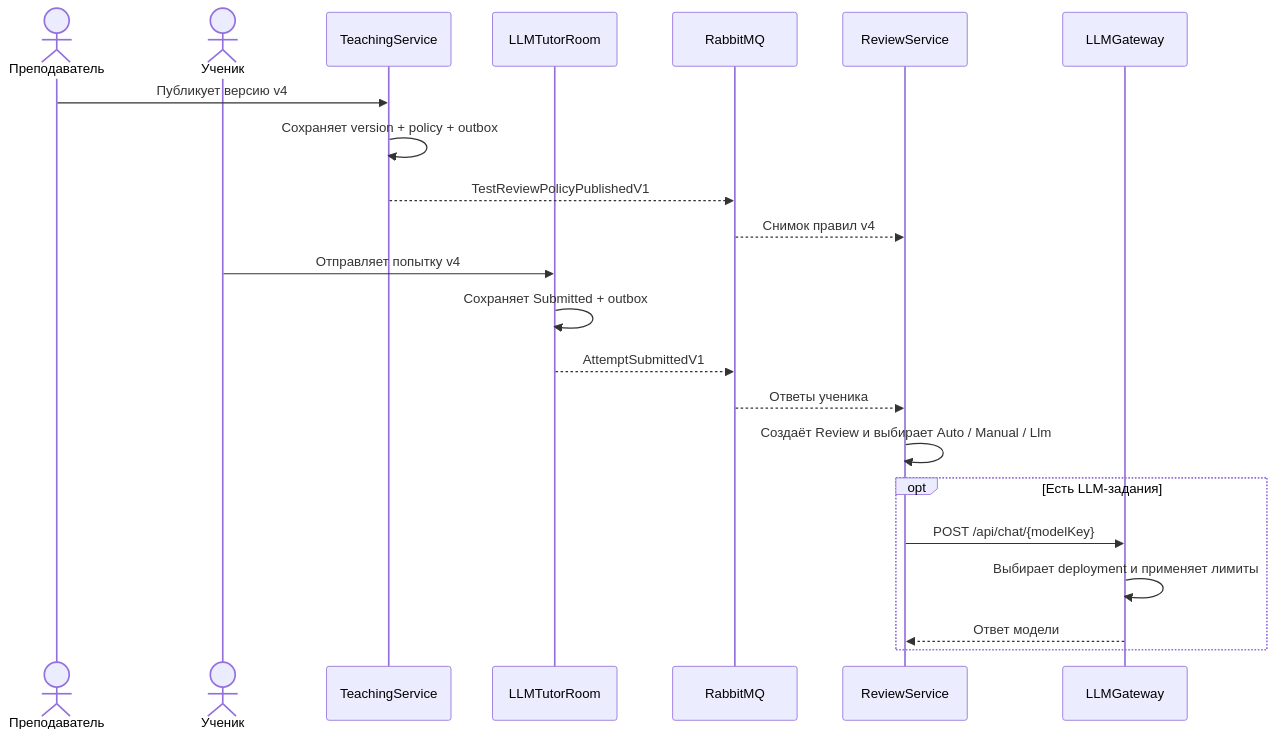
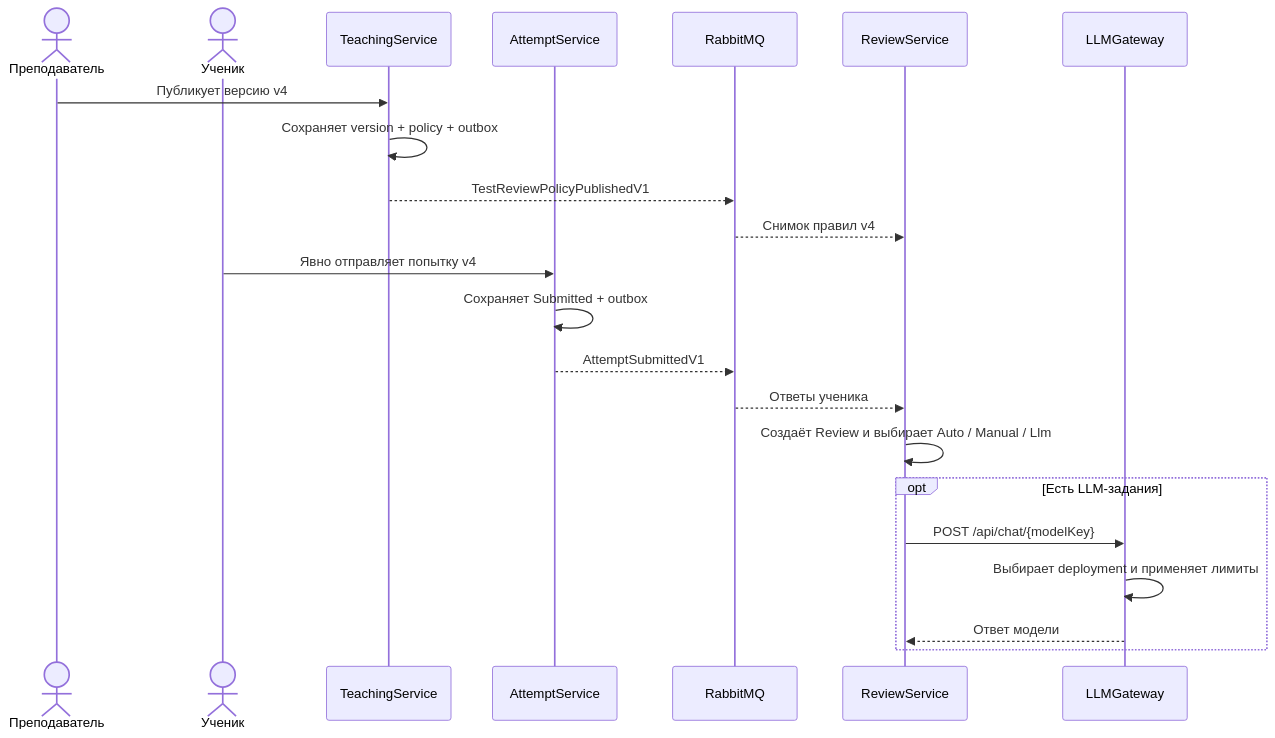
The second of 2 diagrams in docs/architecture.md (KomaMix/LLMTutorRoom), drawn with Mermaid before and after one commit. The commit also changed other lines of this file and 110 other files, not shown here.

Commit message:
feat(attempt): extract attempt lifecycle into standalone service

````diff
--- a/docs/architecture.md
+++ b/docs/architecture.md
@@ -67,26 +72,26 @@
 ```mermaid
 sequenceDiagram
     actor Teacher as Преподаватель
     actor Student as Ученик
     participant Teaching as TeachingService
-    participant Tutor as LLMTutorRoom
+    participant Attempt as AttemptService
     participant Rabbit as RabbitMQ
     participant Review as ReviewService
     participant Gateway as LLMGateway
 
     Teacher->>Teaching: Публикует версию v4
     Teaching->>Teaching: Сохраняет version + policy + outbox
     Teaching-->>Rabbit: TestReviewPolicyPublishedV1
     Rabbit-->>Review: Снимок правил v4
 
-    Student->>Tutor: Отправляет попытку v4
-    Tutor->>Tutor: Сохраняет Submitted + outbox
-    Tutor-->>Rabbit: AttemptSubmittedV1
+    Student->>Attempt: Явно отправляет попытку v4
+    Attempt->>Attempt: Сохраняет Submitted + outbox
+    Attempt-->>Rabbit: AttemptSubmittedV1
     Rabbit-->>Review: Ответы ученика
     Review->>Review: Создаёт Review и выбирает Auto / Manual / Llm
     opt Есть LLM-задания
         Review->>Gateway: POST /api/chat/{modelKey}
         Gateway->>Gateway: Выбирает deployment и применяет лимиты
         Gateway-->>Review: Ответ модели
     end
 ```
````
